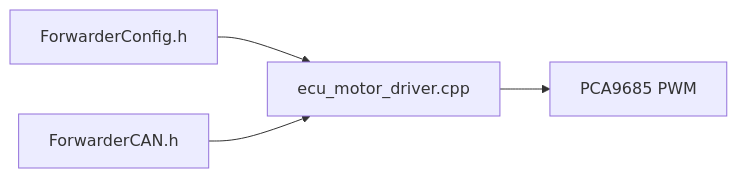
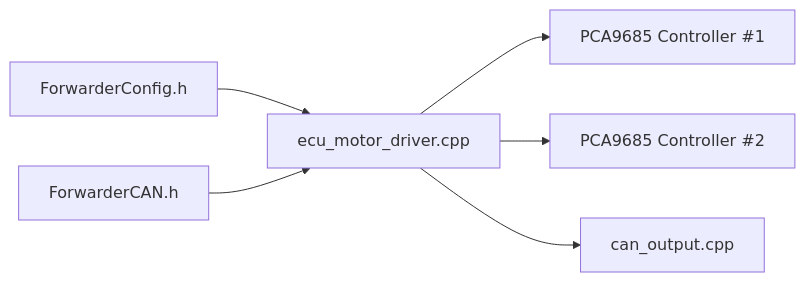
One commit to gunicsba/ESP_CAN_ECU_joystick_collection changed the fifth of 5 diagrams in .qoder/repowiki/en/content/ECU Implementations/Motor Driver ECU/PWM Mapping Algorithm.md. Above: the diagram before and after it, drawn with Mermaid. The commit also changed other lines of this file and 11 other files, not shown here.

````diff
--- a/.qoder/repowiki/en/content/ECU Implementations/Motor Driver ECU/PWM Mapping Algorithm.md
+++ b/.qoder/repowiki/en/content/ECU Implementations/Motor Driver ECU/PWM Mapping Algorithm.md
@@ -251,6 +338,8 @@
 ```mermaid
 graph LR
 FC["ForwarderConfig.h"] --> CMD["ecu_motor_driver.cpp"]
 FCH["ForwarderCAN.h"] --> CMD
-CMD --> PCA["PCA9685 PWM"]
+CMD --> PCA1["PCA9685 Controller #1"]
+CMD --> PCA2["PCA9685 Controller #2"]
+CMD --> COR["can_output.cpp"]
 ```
````
